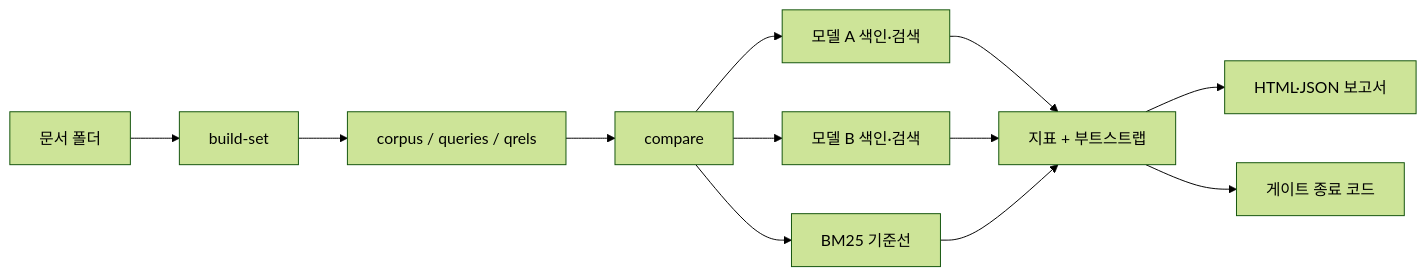
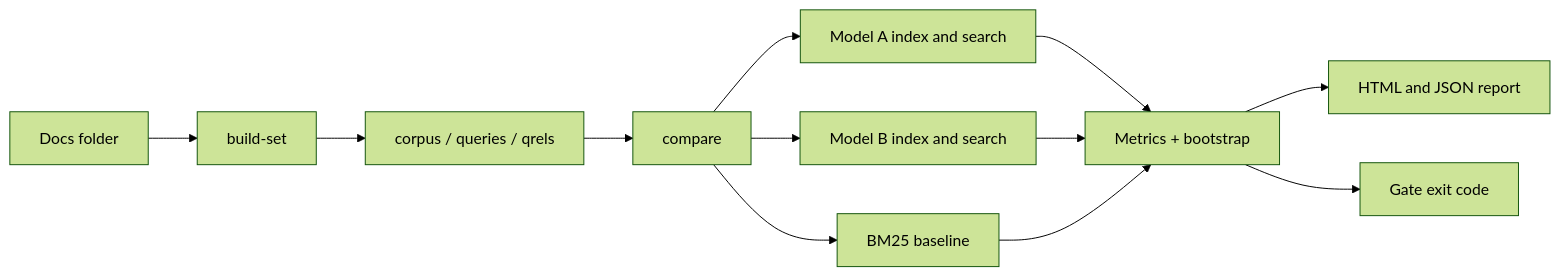
The diagram in README.md (LeeGyeongPil/embed-ab), drawn with Mermaid (forest theme) before and after one commit. The commit also changed other lines of this file and 2 other files, not shown here.

````diff
--- a/README.md
+++ b/README.md
@@ -213,14 +217,14 @@
 ```mermaid
 flowchart LR
-  D[문서 폴더] --> B[build-set]
+  D["Docs folder"] --> B[build-set]
   B --> E[corpus / queries / qrels]
   E --> C[compare]
-  C --> A[모델 A 색인·검색]
-  C --> M[모델 B 색인·검색]
-  C --> K[BM25 기준선]
-  A --> S[지표 + 부트스트랩]
+  C --> A["Model A index and search"]
+  C --> M["Model B index and search"]
+  C --> K["BM25 baseline"]
+  A --> S["Metrics + bootstrap"]
   M --> S
   K --> S
-  S --> R[HTML·JSON 보고서]
-  S --> G[게이트 종료 코드]
+  S --> R["HTML and JSON report"]
+  S --> G["Gate exit code"]
 ```
````
